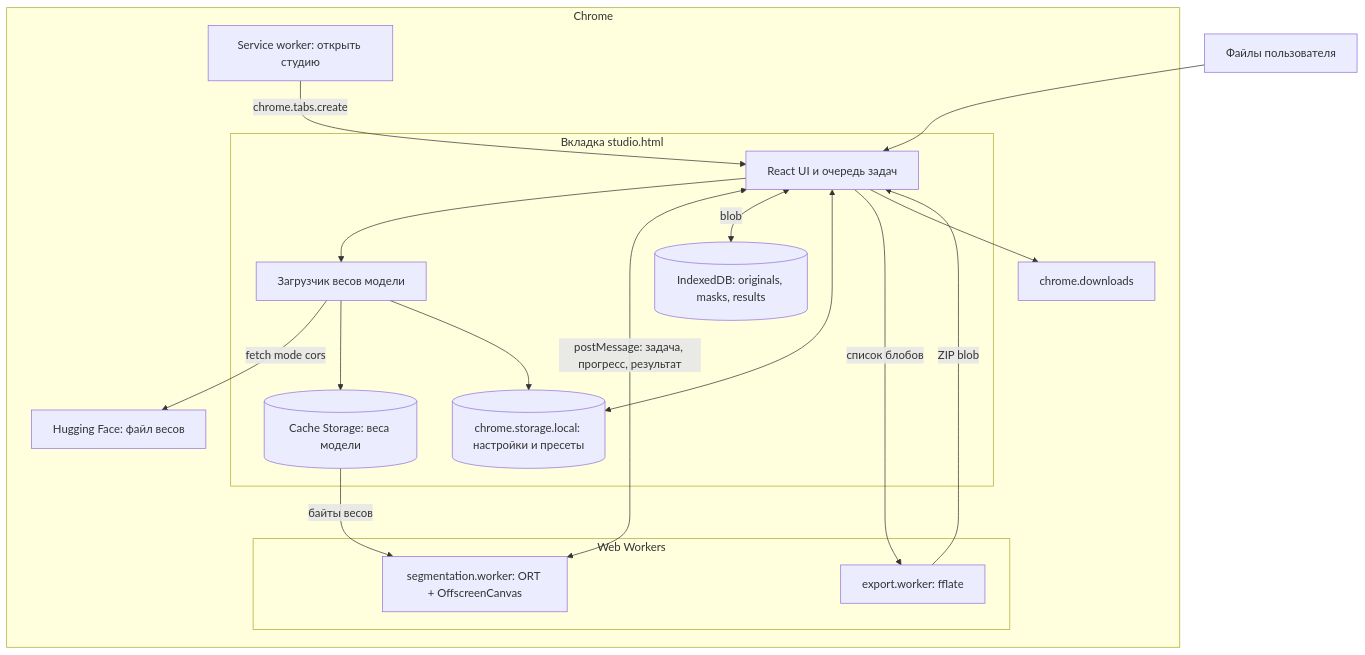
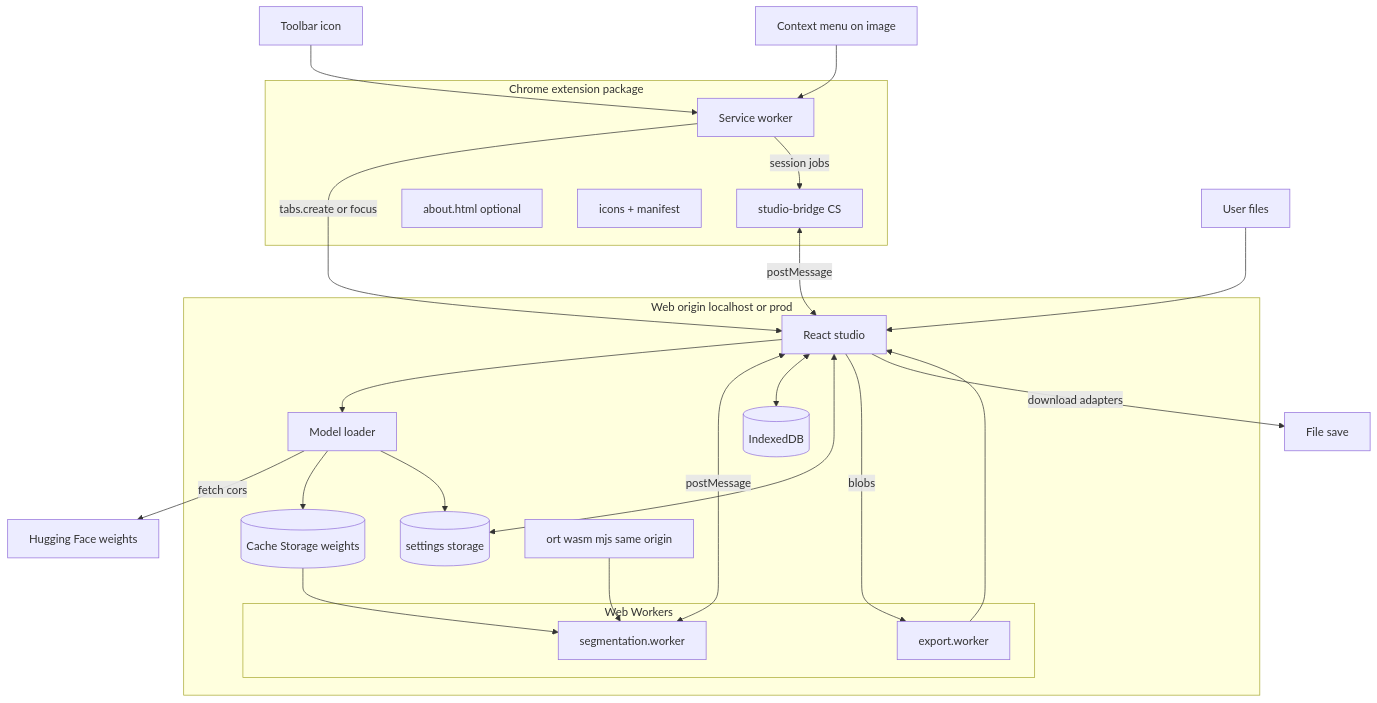
Before and after one commit to KonstantinAlexeevich/rmbg: the first of 2 diagrams in docs/02-architecture.md, drawn with Mermaid. The commit also changed other lines of this file and 55 other files, not shown here.

````diff
--- a/docs/02-architecture.md
+++ b/docs/02-architecture.md
@@ -24,32 +48,40 @@
 ```mermaid
 flowchart TB
-    subgraph browser [Chrome]
-        SW[Service worker: открыть студию]
-        subgraph tab [Вкладка studio.html]
-            UI[React UI и очередь задач]
-            Loader[Загрузчик весов модели]
-            IDB[(IndexedDB: originals, masks, results)]
-            CS[(chrome.storage.local: настройки и пресеты)]
-            Cache[(Cache Storage: веса модели)]
+    subgraph ext [Chrome extension package]
+        SW[Service worker]
+        CS[studio-bridge CS]
+        AboutExt[about.html optional]
+        Icons[icons + manifest]
+    end
+    subgraph web [Web origin localhost or prod]
+        UI[React studio]
+        Loader[Model loader]
+        IDB[(IndexedDB)]
+        LS[(settings storage)]
+        Cache[(Cache Storage weights)]
+        subgraph workers [Web Workers]
+            SEG[segmentation.worker]
+            ZIPW[export.worker]
         end
-        subgraph workers [Web Workers]
-            SEG[segmentation.worker: ORT + OffscreenCanvas]
-            ZIPW[export.worker: fflate]
-        end
-        DL[chrome.downloads]
-        HF[Hugging Face: файл весов]
+        ORT[ort wasm mjs same origin]
     end
-    Files[Файлы пользователя] --> UI
-    SW -->|chrome.tabs.create| UI
+    HF[Hugging Face weights]
+    Click[Toolbar icon] --> SW
+    CtxMenu[Context menu on image] --> SW
+    SW -->|tabs.create or focus| UI
+    SW -->|session jobs| CS
+    CS <-->|postMessage| UI
+    Files[User files] --> UI
     UI --> Loader
-    Loader -->|fetch mode cors| HF
+    Loader -->|fetch cors| HF
     Loader --> Cache
-    Loader --> CS
-    UI <-->|postMessage: задача, прогресс, результат| SEG
-    Cache -->|байты весов| SEG
-    UI <-->|blob| IDB
-    UI <--> CS
-    UI -->|список блобов| ZIPW
-    ZIPW -->|ZIP blob| UI
-    UI --> DL
+    Loader --> LS
+    UI <-->|postMessage| SEG
+    Cache --> SEG
+    ORT --> SEG
+    UI <--> IDB
+    UI <--> LS
+    UI -->|blobs| ZIPW
+    ZIPW --> UI
+    UI -->|download adapters| DL[File save]
 ```
````
